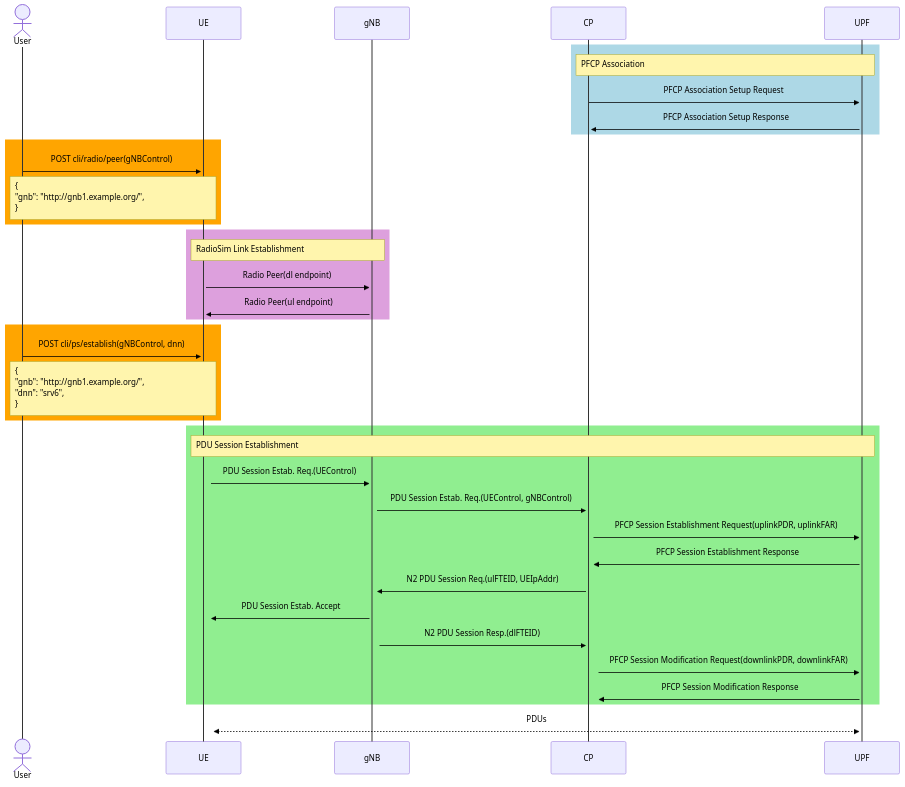
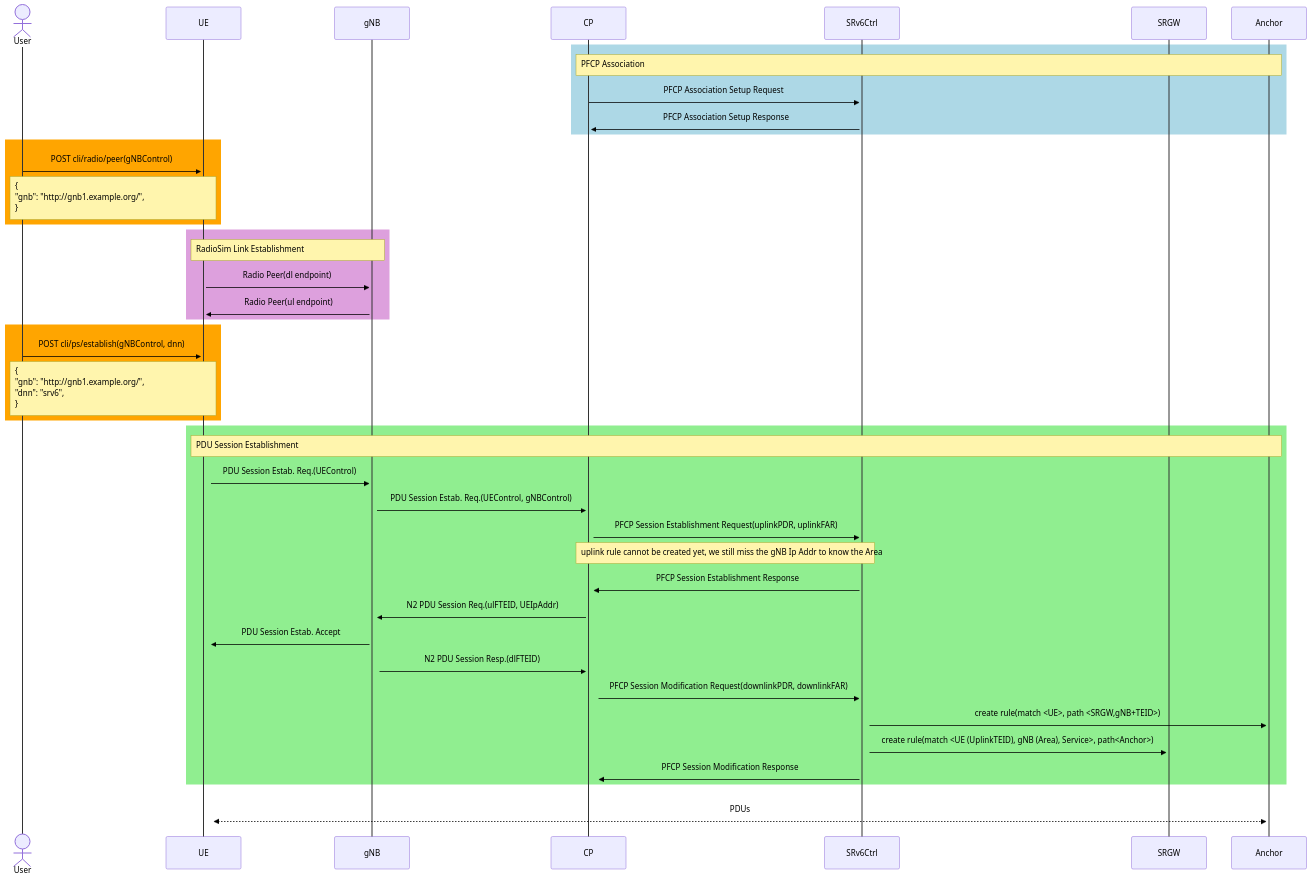
The first of 5 diagrams in doc/nextmn-lite.md (nextmn/testbed), drawn with Mermaid before and after one commit.

Commit message:
Update PDU Session estab. with SRCtrl/SRGW/Anchor; close #84

````diff
--- a/doc/nextmn-lite.md
+++ b/doc/nextmn-lite.md
@@ -5,40 +5,47 @@
 ```mermaid
 %%{init: { 'sequence': {'noteAlign': 'left'} , 'themeVariables':{'actorLineColor': '#333333', 'signalColor': '#000000', 'signalTextColor':'#000000'} }}%%
 sequenceDiagram
 actor User
 participant UE
 participant gNB
 participant CP
-participant UPF
+participant SRv6Ctrl
+participant SRGW
+participant Anchor
 rect LightBlue
-    note over CP,UPF: PFCP Association
-    CP->>+UPF: PFCP Association Setup Request
-    UPF->>+CP: PFCP Association Setup Response
+    note over CP,Anchor: PFCP Association
+    CP->>+SRv6Ctrl: PFCP Association Setup Request
+    SRv6Ctrl->>+CP: PFCP Association Setup Response
 end
 rect Orange
     User->>+UE: POST cli/radio/peer(gNBControl)
     note over User,UE: {<br>"gnb": "http://gnb1.example.org/",<br>}
 end
 rect Plum
     note over UE, gNB: RadioSim Link Establishment
     UE->>+gNB: Radio Peer(dl endpoint)
     gNB->>+UE: Radio Peer(ul endpoint)
 end
 rect Orange
     User->>+UE: POST cli/ps/establish(gNBControl, dnn)
     note over User,UE: {<br>"gnb": "http://gnb1.example.org/",<br>"dnn": "srv6",<br>}
 end
 rect LightGreen
-    note over UE,UPF: PDU Session Establishment
+    note over UE,Anchor: PDU Session Establishment
     UE->>+gNB: PDU Session Estab. Req.(UEControl)
     gNB->>+CP: PDU Session Estab. Req.(UEControl, gNBControl)
-    CP->>+UPF: PFCP Session Establishment Request(uplinkPDR, uplinkFAR)
-    UPF->>+CP: PFCP Session Establishment Response
+    CP->>+SRv6Ctrl: PFCP Session Establishment Request(uplinkPDR, uplinkFAR)
+    note over CP,SRv6Ctrl: uplink rule cannot be created yet, we still miss the gNB Ip Addr to know the Area
+    SRv6Ctrl->>+CP: PFCP Session Establishment Response
     CP->>+gNB: N2 PDU Session Req.(ulFTEID, UEIpAddr)
     gNB->>+UE: PDU Session Estab. Accept
     gNB->>+CP: N2 PDU Session Resp.(dlFTEID)
-    CP->>+UPF: PFCP Session Modification Request(downlinkPDR, downlinkFAR)
-    UPF->>+CP: PFCP Session Modification Response
+    CP->>+SRv6Ctrl: PFCP Session Modification Request(downlinkPDR, downlinkFAR)
+    SRv6Ctrl->>+Anchor: create rule(match <UE>, path <SRGW,gNB+TEID>)
+    SRv6Ctrl->>+SRGW: create rule(match <UE (UplinkTEID), gNB (Area), Service>, path<Anchor>)
+    SRv6Ctrl->>+CP: PFCP Session Modification Response
 end
-UE<<-->>+UPF: PDUs
+rect white
+    UE<<-->>+Anchor: PDUs
+end
 ```
````
